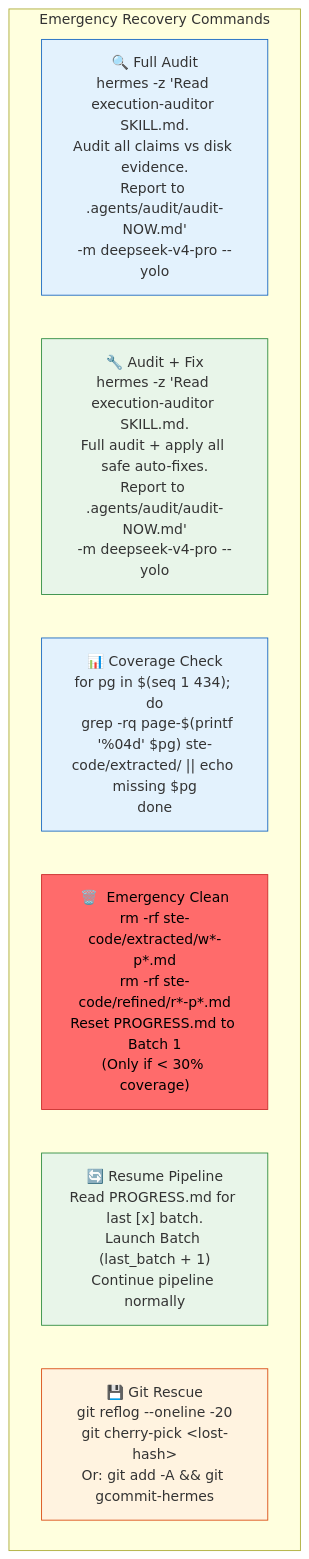
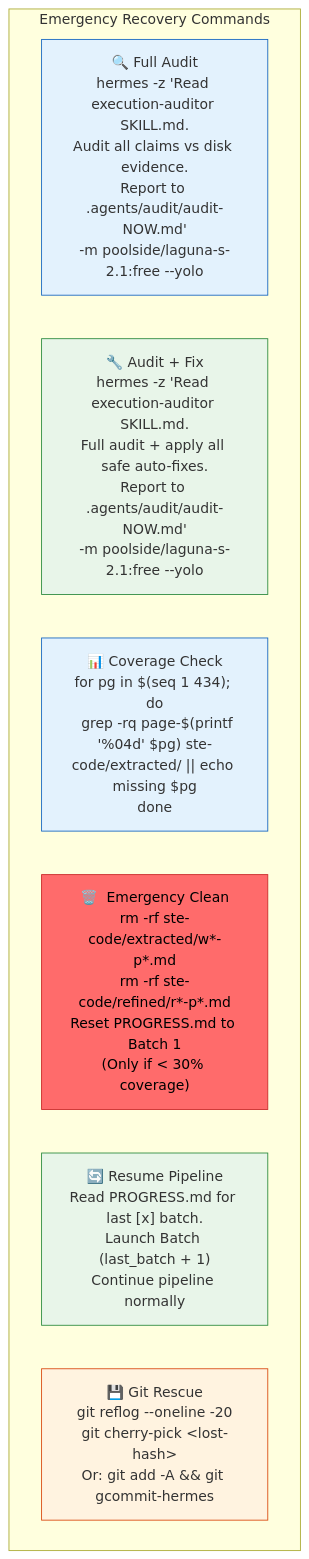
Before and after one commit to NikolaRHristov/STE-Code: diagram 25 of 26 in .agents/uml/error-recovery.md, drawn with Mermaid. The commit also changed other lines of this file and 37 other files, not shown here.

````diff
--- a/.agents/uml/error-recovery.md
+++ b/.agents/uml/error-recovery.md
@@ -1406,18 +1406,18 @@
 ```mermaid
 flowchart TD
     subgraph CMDS["Emergency Recovery Commands"]
-        CMD1["🔍 Full Audit<br/>hermes -z 'Read execution-auditor SKILL.md.<br/>Audit all claims vs disk evidence.<br/>Report to .agents/audit/audit-NOW.md'<br/>-m deepseek-v4-pro --yolo"]
-        CMD2["🔧 Audit + Fix<br/>hermes -z 'Read execution-auditor SKILL.md.<br/>Full audit + apply all safe auto-fixes.<br/>Report to .agents/audit/audit-NOW.md'<br/>-m deepseek-v4-pro --yolo"]
+        CMD1["🔍 Full Audit<br/>hermes -z 'Read execution-auditor SKILL.md.<br/>Audit all claims vs disk evidence.<br/>Report to .agents/audit/audit-NOW.md'<br/>-m poolside/laguna-s-2.1:free --yolo"]
+        CMD2["🔧 Audit + Fix<br/>hermes -z 'Read execution-auditor SKILL.md.<br/>Full audit + apply all safe auto-fixes.<br/>Report to .agents/audit/audit-NOW.md'<br/>-m poolside/laguna-s-2.1:free --yolo"]
         CMD3["📊 Coverage Check<br/>for pg in $(seq 1 434); do<br/>  grep -rq page-$(printf '%04d' $pg) ste-code/extracted/ || echo missing $pg<br/>done"]
         CMD4["🗑️  Emergency Clean<br/>rm -rf ste-code/extracted/w*-p*.md<br/>rm -rf ste-code/refined/r*-p*.md<br/>Reset PROGRESS.md to Batch 1<br/>(Only if < 30% coverage)"]
         CMD5["🔄 Resume Pipeline<br/>Read PROGRESS.md for last [x] batch.<br/>Launch Batch (last_batch + 1)<br/>Continue pipeline normally"]
         CMD6["💾 Git Rescue<br/>git reflog --oneline -20<br/>git cherry-pick &lt;lost-hash&gt;<br/>Or: git add -A && git gcommit-hermes"]
     end
 
     style CMD4 fill:#ff6b6b,stroke:#c92a2a,color:#000
     style CMD1 fill:#e3f2fd,stroke:#1565c0
     style CMD2 fill:#e8f5e9,stroke:#2b8a3e
     style CMD3 fill:#e3f2fd,stroke:#1565c0
     style CMD5 fill:#e8f5e9,stroke:#2b8a3e
     style CMD6 fill:#fff3e0,stroke:#d9480f
 ```
````
